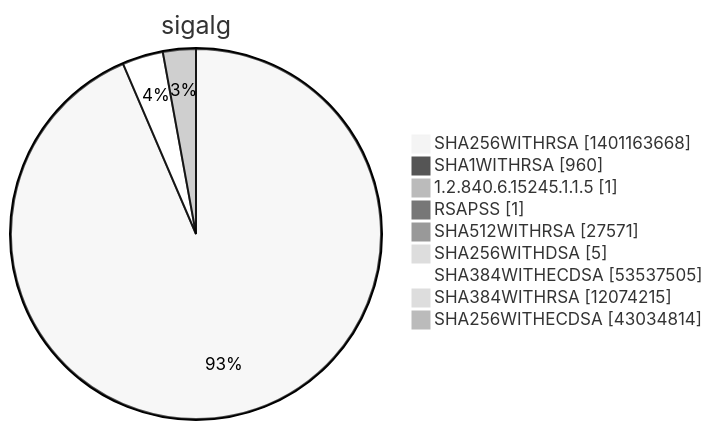
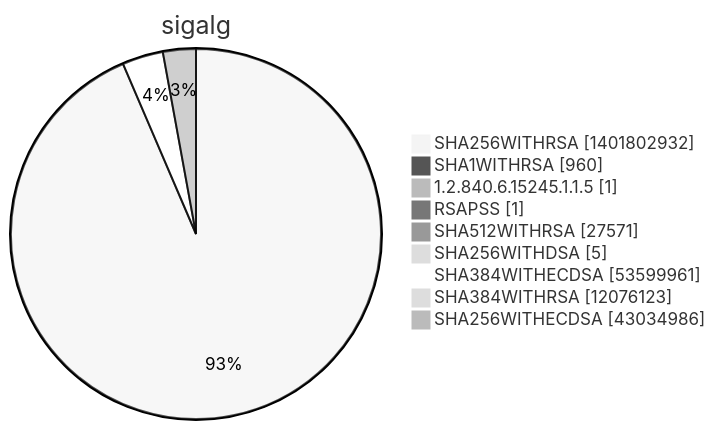
One commit to christiankrug/ctmonitor_visualization changed diagram 15 of 15 in argon2022/README.md. Above: the diagram before and after it, drawn with Mermaid (neutral theme). The commit also changed other lines of this file, not shown here.

````diff
--- a/argon2022/README.md
+++ b/argon2022/README.md
@@ -5524,13 +5524,13 @@
 ```mermaid
 pie showData
 title sigalg
-"SHA256WITHRSA" :1401163668
+"SHA256WITHRSA" :1401802932
 "SHA1WITHRSA" :960
 "1.2.840.6.15245.1.1.5" :1
 "RSAPSS" :1
 "SHA512WITHRSA" :27571
 "SHA256WITHDSA" :5
-"SHA384WITHECDSA" :53537505
-"SHA384WITHRSA" :12074215
-"SHA256WITHECDSA" :43034814
+"SHA384WITHECDSA" :53599961
+"SHA384WITHRSA" :12076123
+"SHA256WITHECDSA" :43034986
 ```
````
